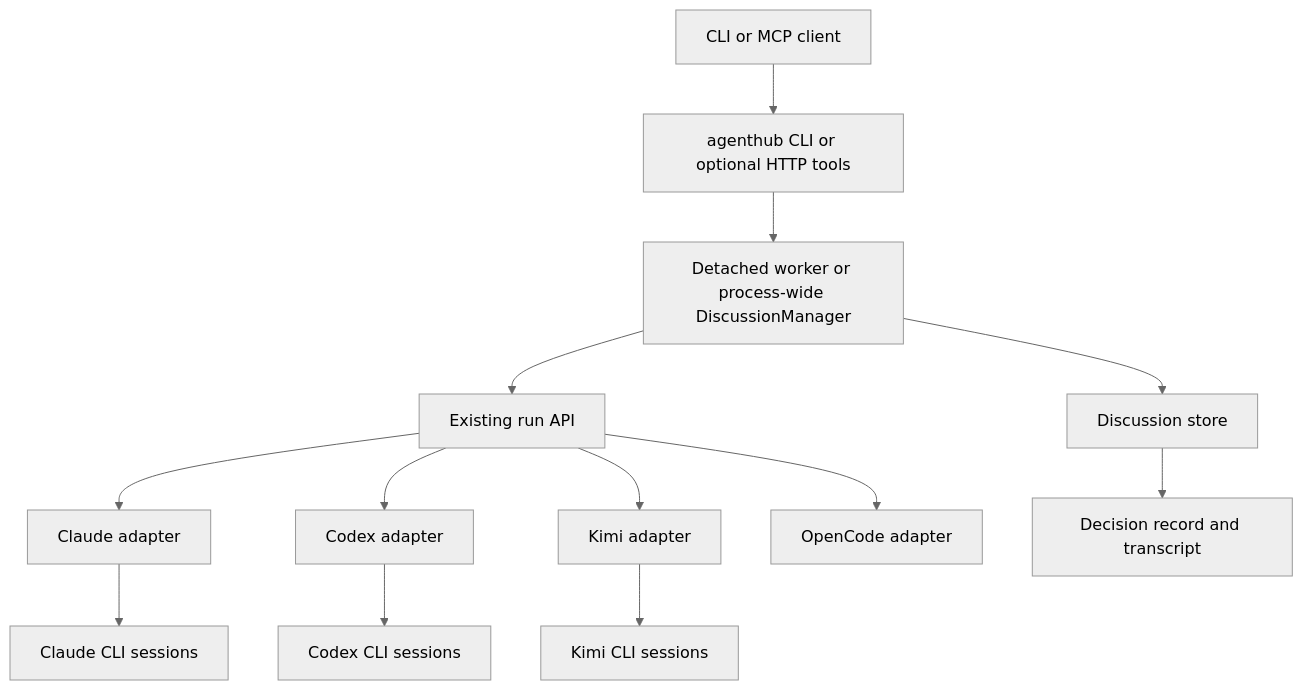
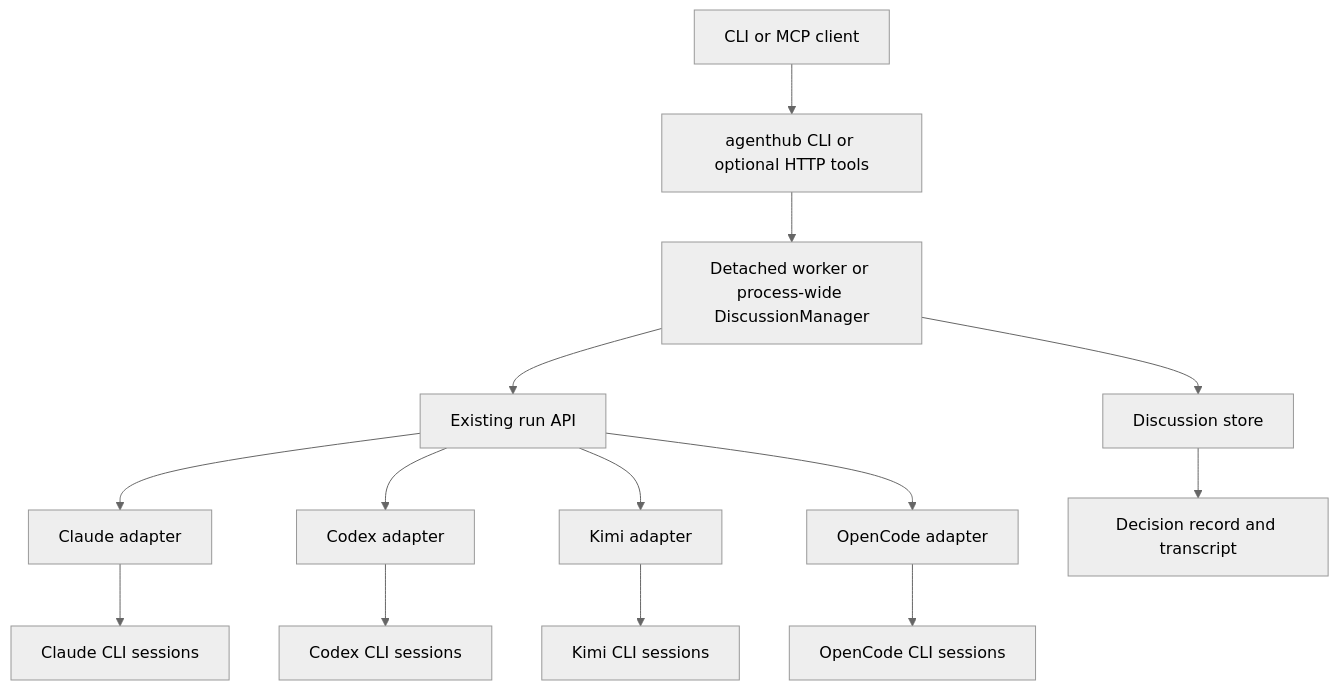
The diagram in docs/discussion-design.md (damaged-soda/agent-hub-mcp), drawn with Mermaid (neutral theme) before and after one commit. The commit also changed 10 other files, not shown here.

Commit message:
修正 OpenCode prompt 与权限契约

````diff
--- a/docs/discussion-design.md
+++ b/docs/discussion-design.md
@@ -150,15 +150,16 @@
 ```mermaid
 flowchart TD
     Client["CLI or MCP client"] --> Entry["agenthub CLI or optional HTTP tools"]
     Entry --> Manager["Detached worker or process-wide DiscussionManager"]
     Manager --> Store["Discussion store"]
     Manager --> Runs["Existing run API"]
     Runs --> A1["Claude adapter"]
     Runs --> A2["Codex adapter"]
     Runs --> A3["Kimi adapter"]
     Runs --> A4["OpenCode adapter"]
     A1 --> S1["Claude CLI sessions"]
     A2 --> S2["Codex CLI sessions"]
     A3 --> S3["Kimi CLI sessions"]
+    A4 --> S4["OpenCode CLI sessions"]
     Store --> Decision["Decision record and transcript"]
 ```
````
